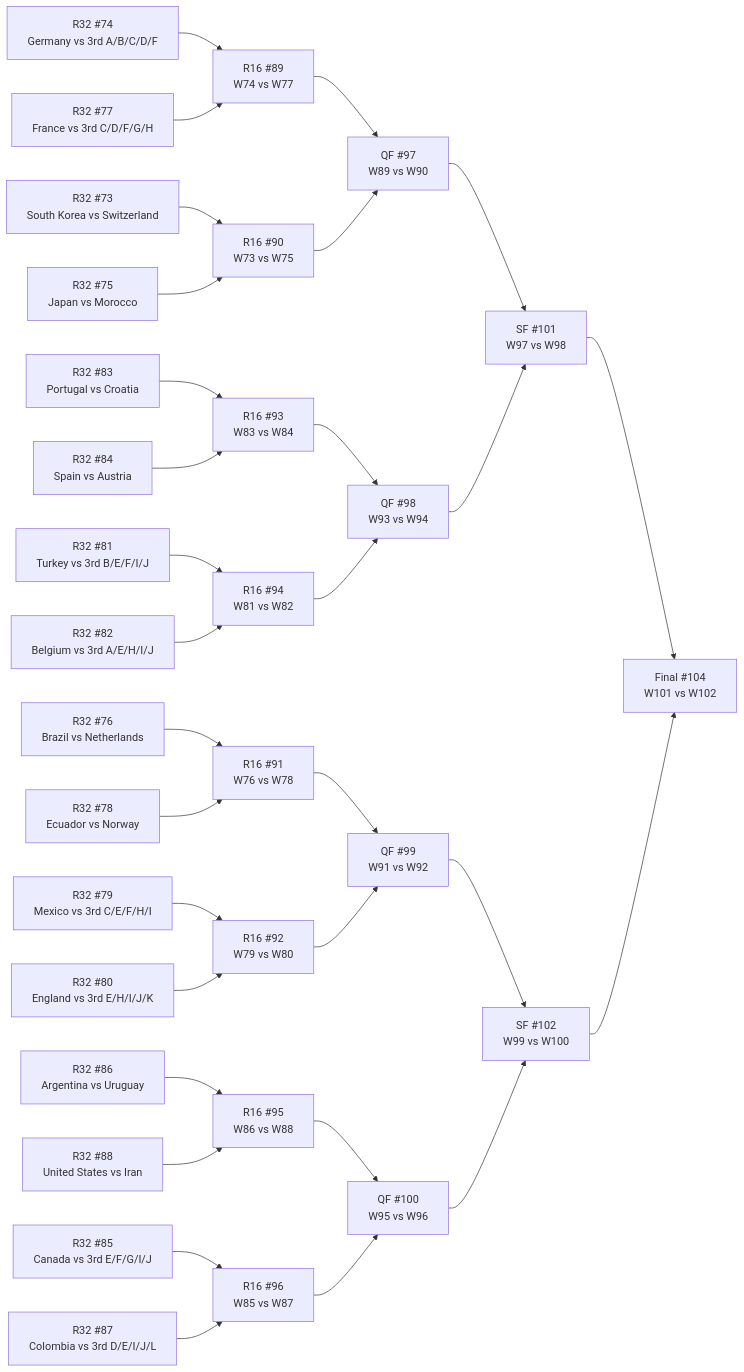
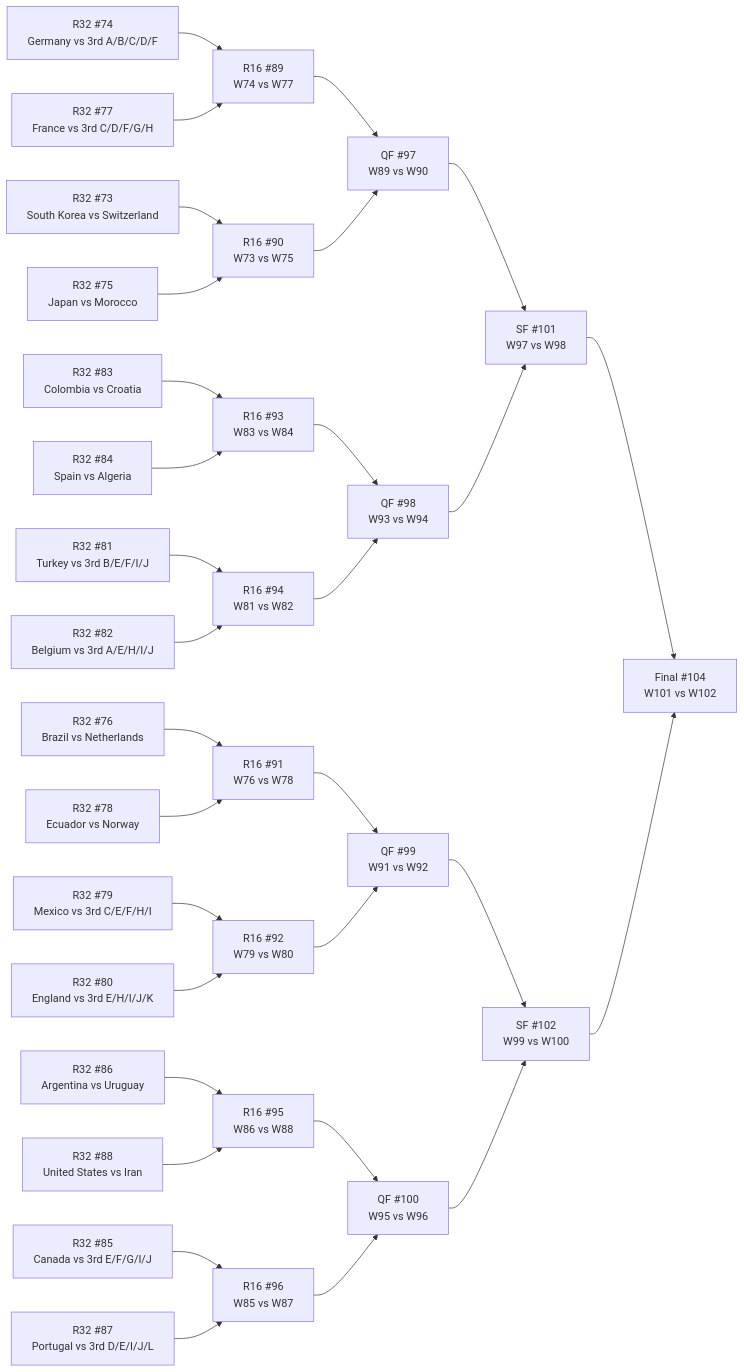
Before and after one commit to Tutai-Tran/WC-2026-predictor: the diagram in WC vault/_bracket.md, drawn with Mermaid. The commit also changed other lines of this file and 229 other files, not shown here.

````diff
--- a/WC vault/_bracket.md
+++ b/WC vault/_bracket.md
@@ -11,64 +11,64 @@
 ```mermaid
 flowchart LR
   M73["R32 #73<br>South Korea vs Switzerland"]
   M74["R32 #74<br>Germany vs 3rd A/B/C/D/F"]
   M75["R32 #75<br>Japan vs Morocco"]
   M76["R32 #76<br>Brazil vs Netherlands"]
   M77["R32 #77<br>France vs 3rd C/D/F/G/H"]
   M78["R32 #78<br>Ecuador vs Norway"]
   M79["R32 #79<br>Mexico vs 3rd C/E/F/H/I"]
   M80["R32 #80<br>England vs 3rd E/H/I/J/K"]
   M81["R32 #81<br>Turkey vs 3rd B/E/F/I/J"]
   M82["R32 #82<br>Belgium vs 3rd A/E/H/I/J"]
-  M83["R32 #83<br>Portugal vs Croatia"]
-  M84["R32 #84<br>Spain vs Austria"]
+  M83["R32 #83<br>Colombia vs Croatia"]
+  M84["R32 #84<br>Spain vs Algeria"]
   M85["R32 #85<br>Canada vs 3rd E/F/G/I/J"]
   M86["R32 #86<br>Argentina vs Uruguay"]
-  M87["R32 #87<br>Colombia vs 3rd D/E/I/J/L"]
+  M87["R32 #87<br>Portugal vs 3rd D/E/I/J/L"]
   M88["R32 #88<br>United States vs Iran"]
   M89["R16 #89<br>W74 vs W77"]
   M90["R16 #90<br>W73 vs W75"]
   M91["R16 #91<br>W76 vs W78"]
   M92["R16 #92<br>W79 vs W80"]
   M93["R16 #93<br>W83 vs W84"]
   M94["R16 #94<br>W81 vs W82"]
   M95["R16 #95<br>W86 vs W88"]
   M96["R16 #96<br>W85 vs W87"]
   M97["QF #97<br>W89 vs W90"]
   M98["QF #98<br>W93 vs W94"]
   M99["QF #99<br>W91 vs W92"]
   M100["QF #100<br>W95 vs W96"]
   M101["SF #101<br>W97 vs W98"]
   M102["SF #102<br>W99 vs W100"]
   M104["Final #104<br>W101 vs W102"]
   M74 --> M89
   M77 --> M89
   M73 --> M90
   M75 --> M90
   M76 --> M91
   M78 --> M91
   M79 --> M92
   M80 --> M92
   M83 --> M93
   M84 --> M93
   M81 --> M94
   M82 --> M94
   M86 --> M95
   M88 --> M95
   M85 --> M96
   M87 --> M96
   M89 --> M97
   M90 --> M97
   M93 --> M98
   M94 --> M98
   M91 --> M99
   M92 --> M99
   M95 --> M100
   M96 --> M100
   M97 --> M101
   M98 --> M101
   M99 --> M102
   M100 --> M102
   M101 --> M104
   M102 --> M104
 ```
````
